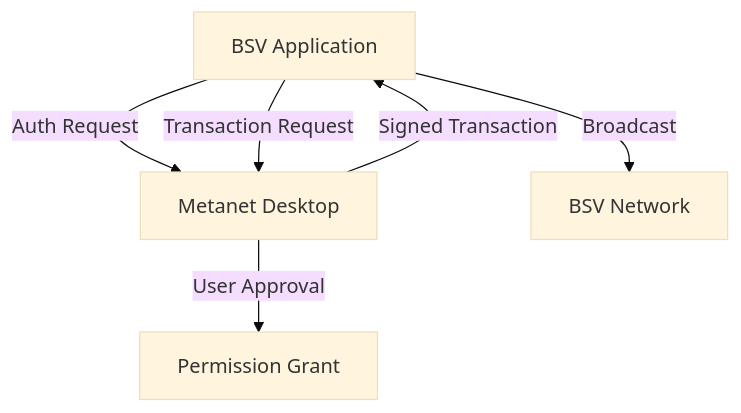
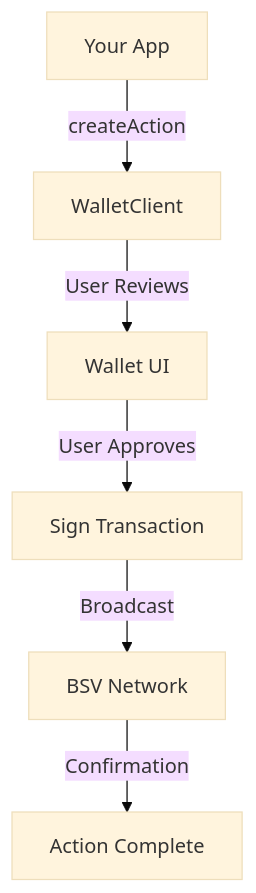
One commit to todriguez/bsv-library changed the diagram in onboarding/01-getting-started/first-transaction.md. Above: the diagram before and after it, drawn with Mermaid (base theme). The commit also changed other lines of this file, not shown here.

First line of the commit message:
Update first transaction guide with actual WalletClient SDK examples

````diff
--- a/onboarding/01-getting-started/first-transaction.md
+++ b/onboarding/01-getting-started/first-transaction.md
@@ -19,8 +245,8 @@
 ```mermaid
 graph TD
-    A[BSV Application] -->|Auth Request| B[Metanet Desktop]
-    B -->|User Approval| C[Permission Grant]
-    A -->|Transaction Request| B
-    B -->|Signed Transaction| A
-    A -->|Broadcast| D[BSV Network]
+    A[Your App] -->|createAction| B[WalletClient]
+    B -->|User Reviews| C[Wallet UI]
+    C -->|User Approves| D[Sign Transaction]
+    D -->|Broadcast| E[BSV Network]
+    E -->|Confirmation| F[Action Complete]
 ```
````
